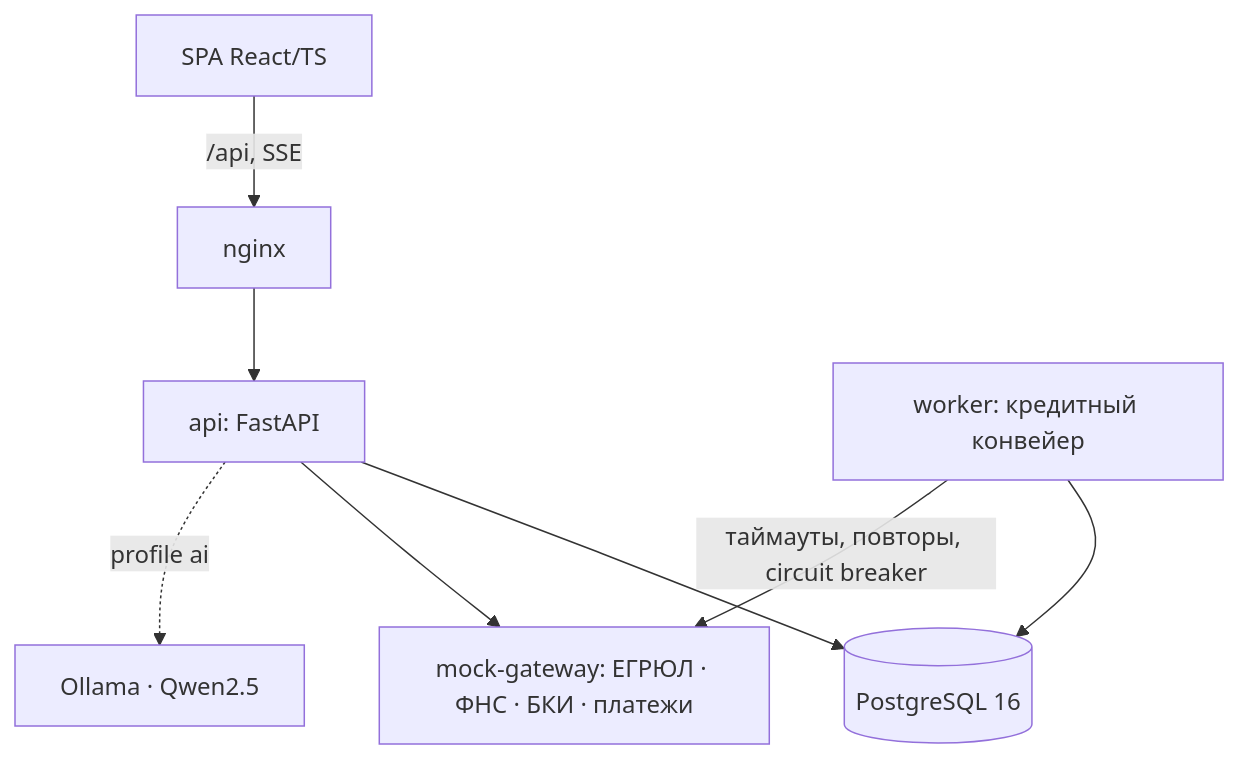
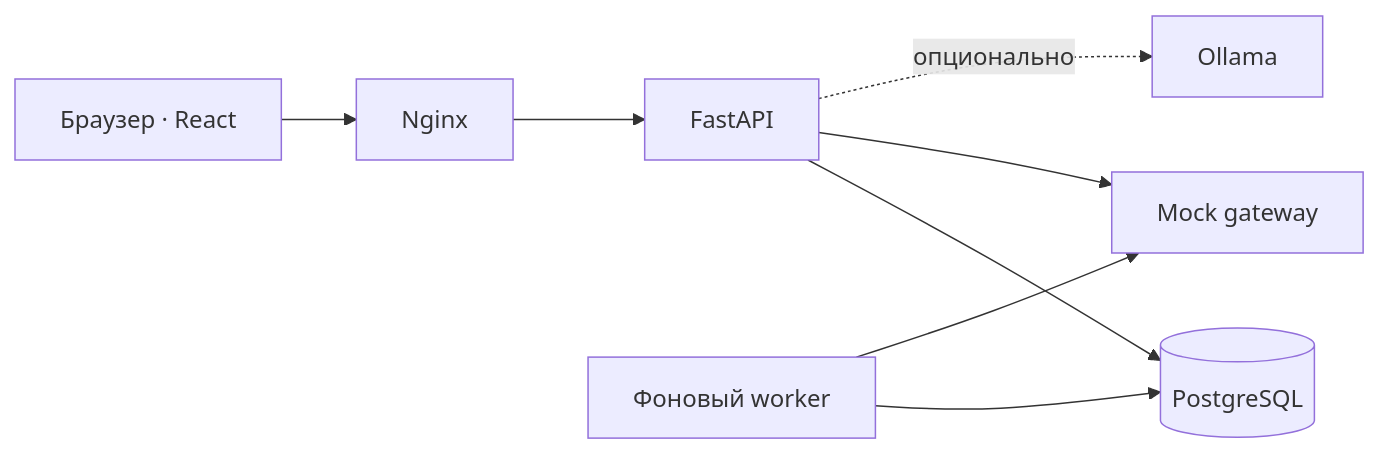
Before and after one commit to EnsixD/alfa-smart-credit-cabinet: the diagram in README.md, drawn with Mermaid. The commit also changed other lines of this file and 3 other files, not shown here.

````diff
--- a/README.md
+++ b/README.md
@@ -80,9 +90,10 @@
 ```mermaid
-flowchart TB
-  spa[SPA React/TS] -->|/api, SSE| web[nginx] --> api[api: FastAPI]
-  api --> db[(PostgreSQL 16)]
-  worker[worker: кредитный конвейер] --> db
-  worker -->|таймауты, повторы, circuit breaker| gw[mock-gateway: ЕГРЮЛ · ФНС · БКИ · платежи]
-  api --> gw
-  api -.->|profile ai| ollama[Ollama · Qwen2.5]
+flowchart LR
+    Client[Браузер · React] --> Web[Nginx]
+    Web --> API[FastAPI]
+    API --> DB[(PostgreSQL)]
+    Worker[Фоновый worker] --> DB
+    Worker --> Gateway[Mock gateway]
+    API --> Gateway
+    API -. опционально .-> LLM[Ollama]
 ```
````
